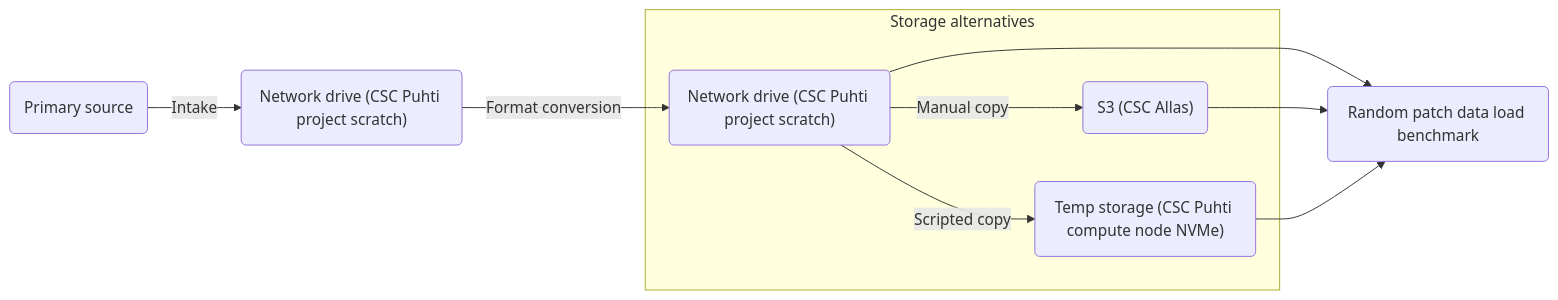
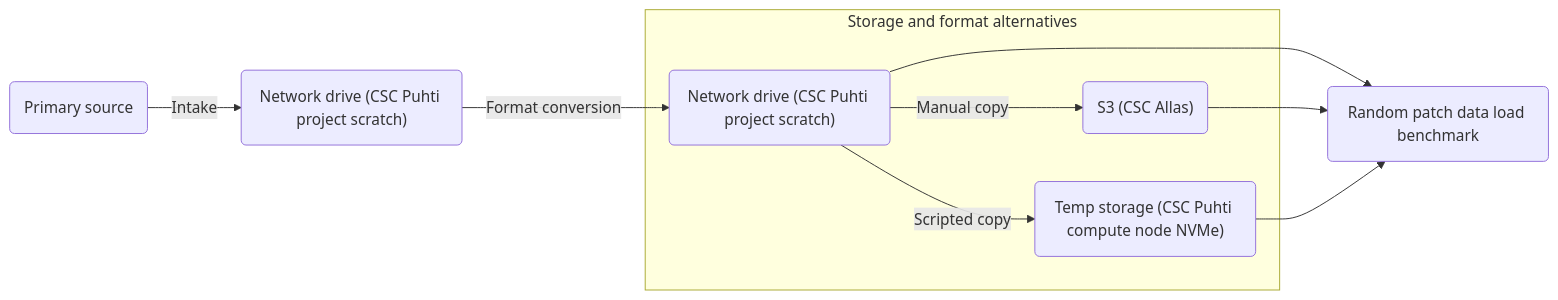
One commit to hamk-uas/datacube-storage-lab changed the first of 2 diagrams in README.md. Above: the diagram before and after it, drawn with Mermaid. The commit also changed other lines of this file and 3 other files, not shown here.

````diff
--- a/README.md
+++ b/README.md
@@ -9,15 +9,15 @@
 ```mermaid
 graph LR
-    subgraph Storage alternatives
+    subgraph Storage and format alternatives
         B("Network drive (CSC Puhti project scratch)")
         C("S3 (CSC Allas)")
         D("Temp storage (CSC Puhti node NVMe)")
     end
     A(Primary source)--Intake-->P("Network drive (CSC Puhti project scratch)")
     P--Format conversion-->B
     B--Manual copy-->C("S3 (CSC Allas)")
     B--Scripted copy-->D("Temp storage (CSC Puhti compute node NVMe)")
     B-->E(Random patch data load benchmark)
     C-->E
     D-->E
 ```
````
